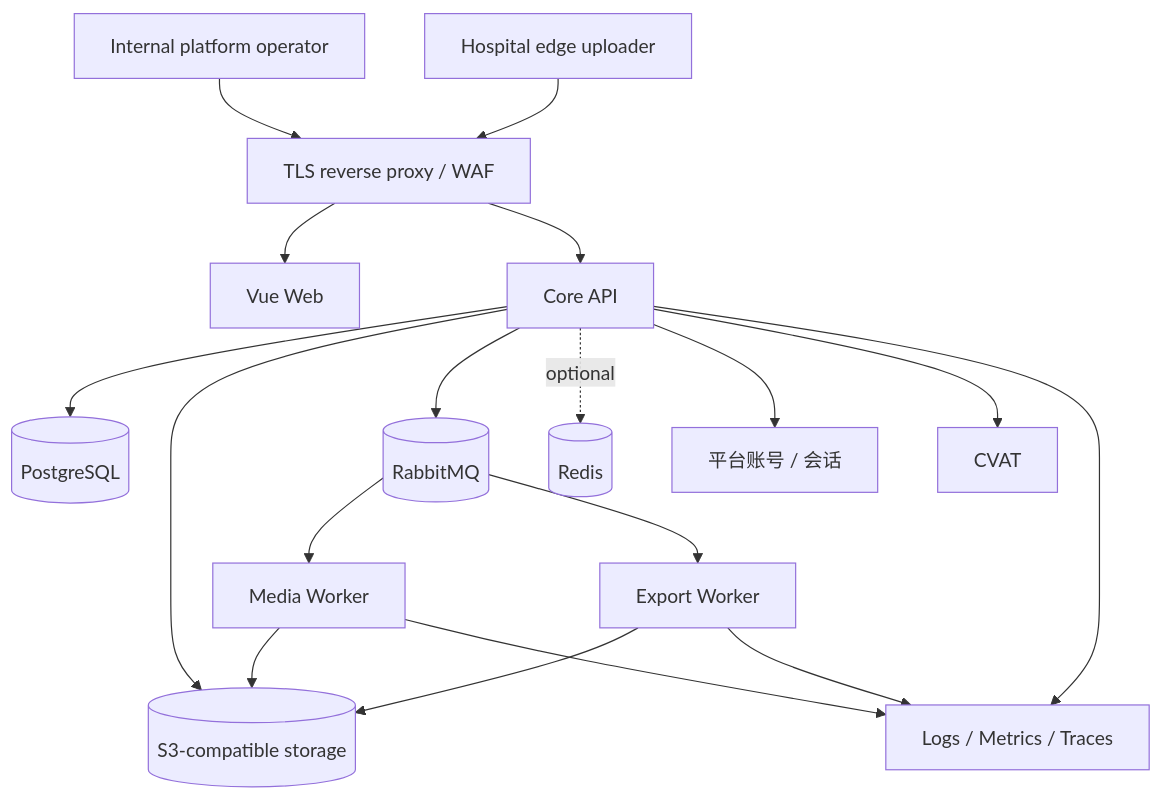
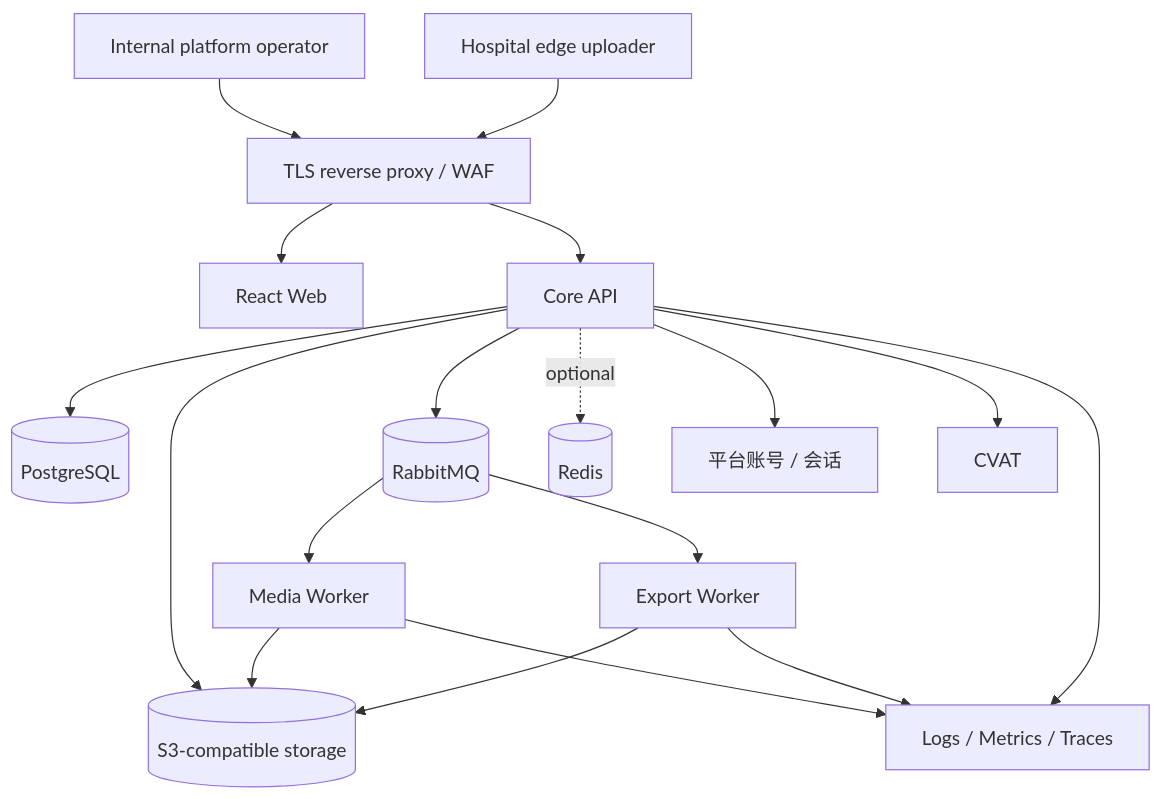
The diagram in docs/architecture/deployment-capacity-and-dr.md (Soberis/medication-video-platform), drawn with Mermaid before and after one commit. The commit also changed other lines of this file and 71 other files, not shown here.

Commit message:
refactor(web): replace Vue frontend with React

````diff
--- a/docs/architecture/deployment-capacity-and-dr.md
+++ b/docs/architecture/deployment-capacity-and-dr.md
@@ -67,20 +67,20 @@
 ```mermaid
 flowchart TB
     U["Internal platform operator"] --> RP["TLS reverse proxy / WAF"]
     E["Hospital edge uploader"] --> RP
-    RP --> WEB["Vue Web"]
+    RP --> WEB["React Web"]
     RP --> API["Core API"]
     API --> PG[(PostgreSQL)]
     API --> S3[(S3-compatible storage)]
     API --> MQ[(RabbitMQ)]
     API -. optional .-> REDIS[(Redis)]
     API --> ACCOUNT["平台账号 / 会话"]
     API --> CVAT["CVAT"]
     MQ --> MW["Media Worker"]
     MQ --> EW["Export Worker"]
     MW --> S3
     EW --> S3
     API --> OBS["Logs / Metrics / Traces"]
     MW --> OBS
     EW --> OBS
 ```
````
